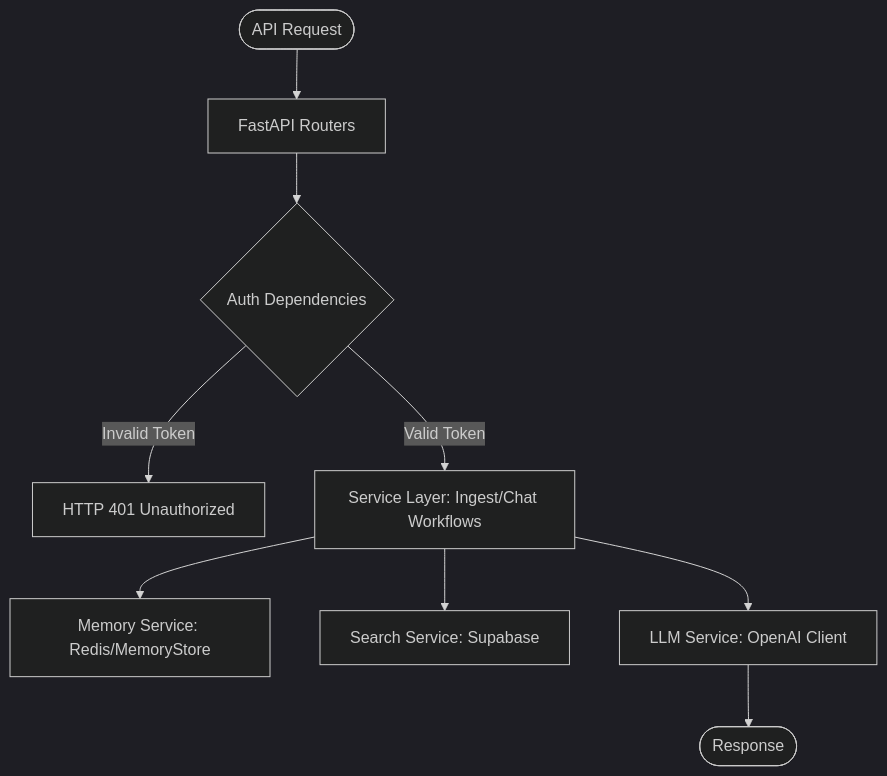
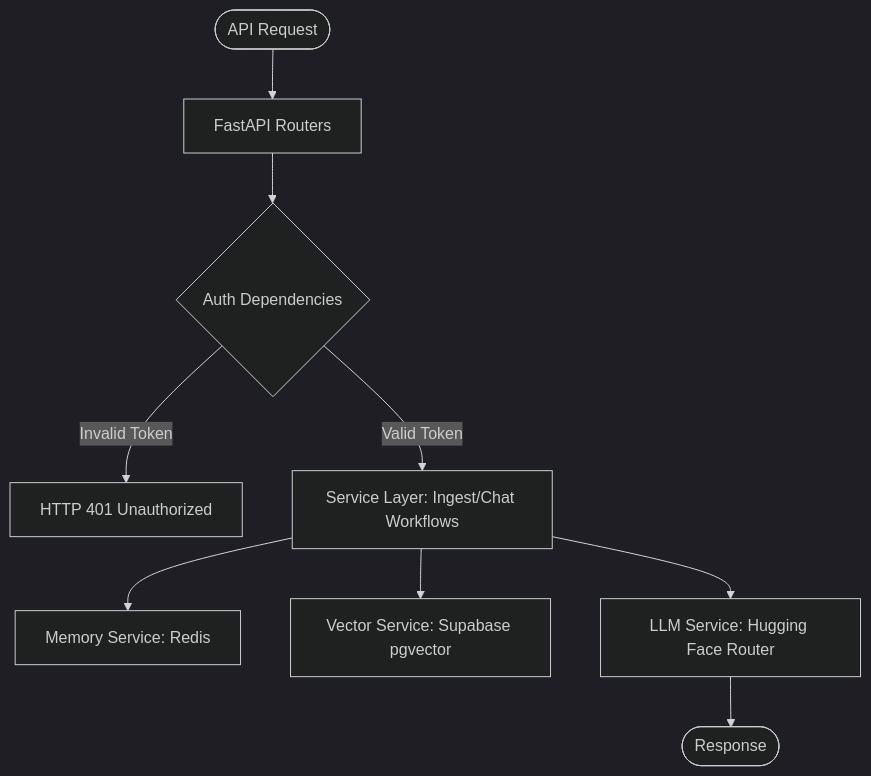
One commit to Sayan-Official-32/Agentic-Platform changed the fifth of 7 diagrams in docs/system_reference_documentation.md. Above: the diagram before and after it, drawn with Mermaid (dark theme). The commit also changed other lines of this file and 1 other file, not shown here.

````diff
--- a/docs/system_reference_documentation.md
+++ b/docs/system_reference_documentation.md
@@ -299,11 +345,11 @@
 ```mermaid
 flowchart TD
     Request([API Request]) --> Router[FastAPI Routers]
     Router --> Depend{Auth Dependencies}
     Depend -->|Invalid Token| Err[HTTP 401 Unauthorized]
     Depend -->|Valid Token| Service[Service Layer: Ingest/Chat Workflows]
-    Service --> Mem[Memory Service: Redis/MemoryStore]
-    Service --> ES[Search Service: Supabase]
-    Service --> Model[LLM Service: OpenAI Client]
+    Service --> Mem[Memory Service: Redis]
+    Service --> DB[Vector Service: Supabase pgvector]
+    Service --> Model[LLM Service: Hugging Face Router]
     Model --> Return([Response])
 ```
````
